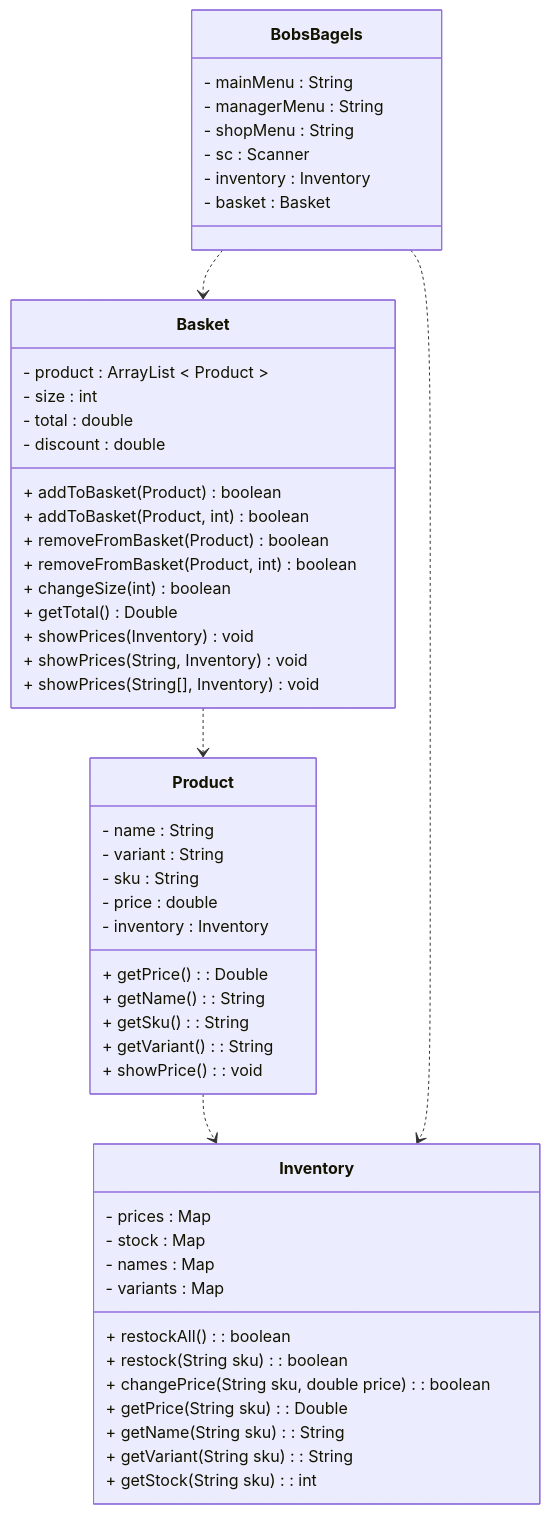
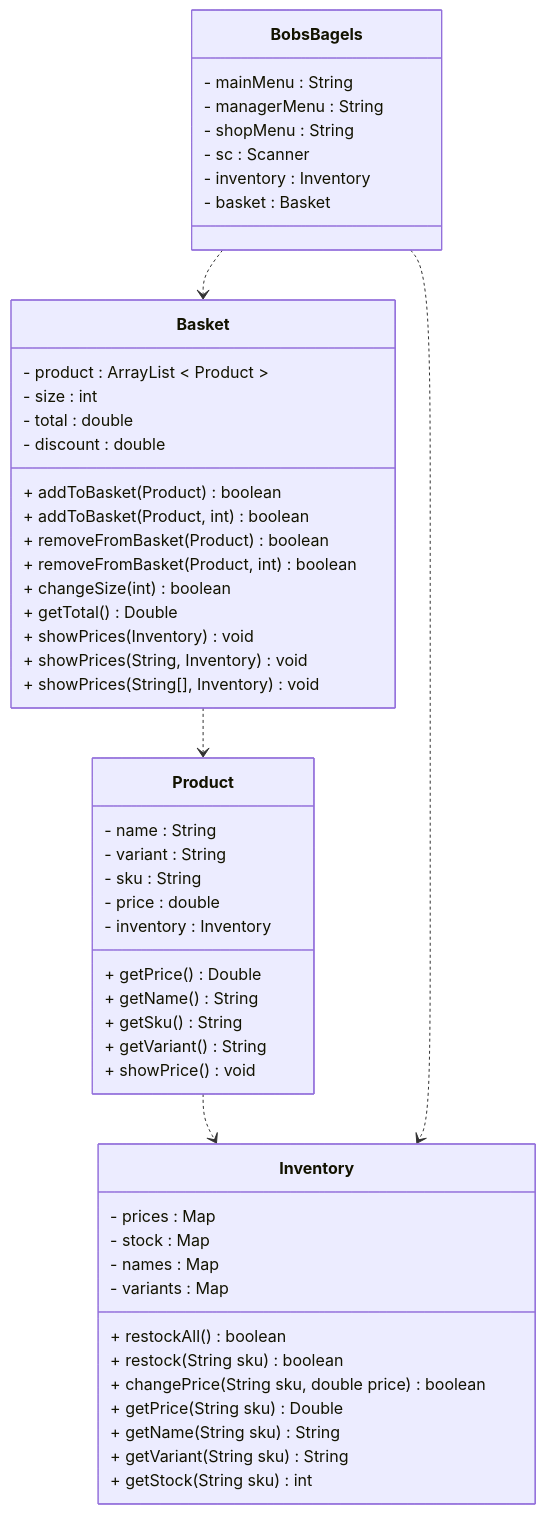
The diagram in class-diagram.md (nora-hansen/java-tdd-oop-bobs-bagels), drawn with Mermaid before and after one commit. The commit also changed 1 other file, not shown here.

Commit message:
Updated class diagram, and started on discount

`````diff
--- a/class-diagram.md
+++ b/class-diagram.md
@@ -1,55 +1,55 @@
 ````mermaid
 classDiagram
     class Basket{    
         - product : ArrayList < Product >
         - size : int
         - total : double
         - discount : double
         + addToBasket(Product) boolean
         + addToBasket(Product, int) boolean
         + removeFromBasket(Product) boolean
         + removeFromBasket(Product, int) boolean
         + changeSize(int) boolean
         + getTotal() Double
         + showPrices(Inventory) void
         + showPrices(String, Inventory) void
         + showPrices(String[], Inventory) void
         }
     class Product{    
         - name : String
         - variant : String
         - sku : String
         - price : double
         - inventory : Inventory
-        + getPrice() : Double
-        + getName() : String
-        + getSku() : String
-        + getVariant() : String
-        + showPrice() : void
+        + getPrice() Double
+        + getName() String
+        + getSku() String
+        + getVariant() String
+        + showPrice() void
         }
     class Inventory{    
         - prices : Map
         - stock : Map
         - names : Map
         - variants : Map
-        + restockAll() : boolean
-        + restock(String sku) : boolean
-        + changePrice(String sku, double price) : boolean
-        + getPrice(String sku) : Double
-        + getName(String sku) : String
-        + getVariant(String sku) : String
-        + getStock(String sku) : int
+        + restockAll() boolean
+        + restock(String sku) boolean
+        + changePrice(String sku, double price) boolean
+        + getPrice(String sku) Double
+        + getName(String sku) String
+        + getVariant(String sku) String
+        + getStock(String sku) int
         }
     class BobsBagels{
         - mainMenu : String
         - managerMenu : String
         - shopMenu : String
         - sc : Scanner
         - inventory : Inventory
         - basket : Basket
     }
     Basket ..> Product
     Product ..> Inventory
     BobsBagels ..> Basket
     BobsBagels ..> Inventory
 ````
`````
